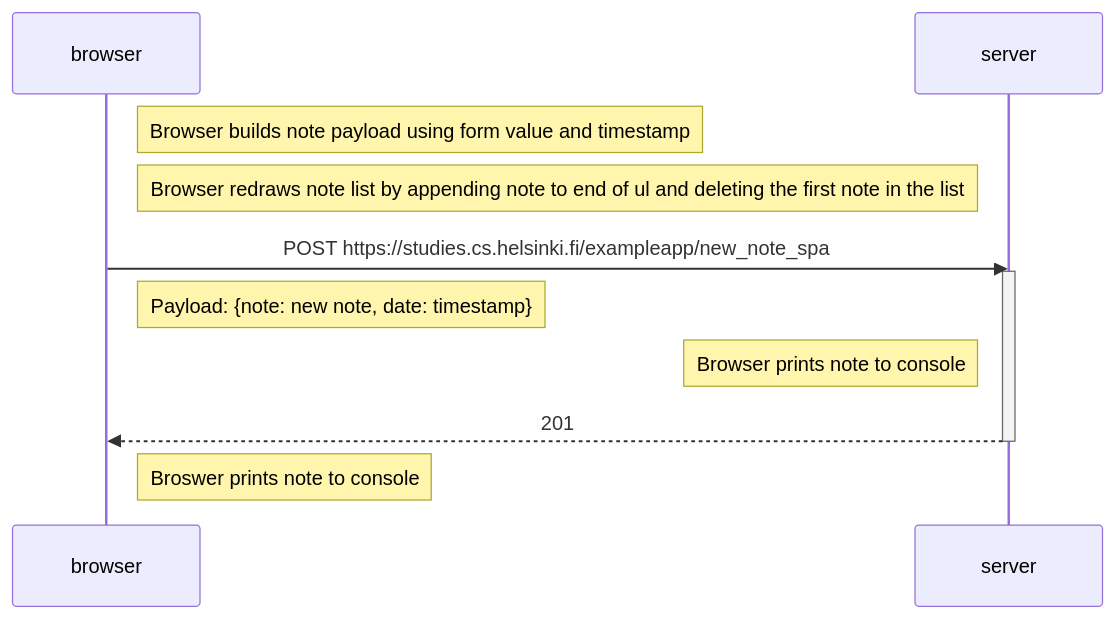
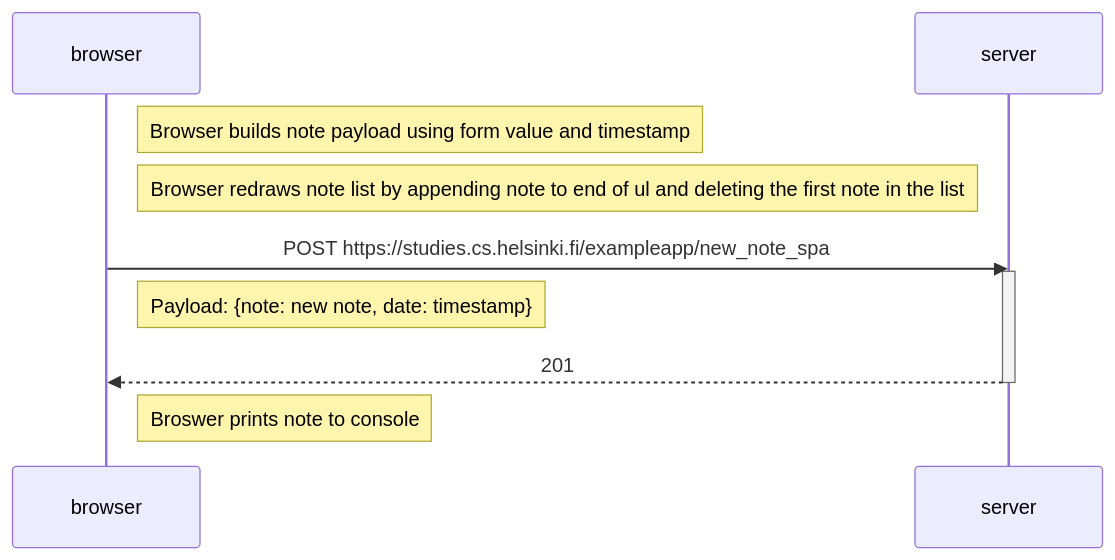
The diagram in part0/diagrams/0.6.md (occook2/fullStackOpenCourse), drawn with Mermaid before and after one commit.

````diff
--- a/part0/diagrams/0.6.md
+++ b/part0/diagrams/0.6.md
@@ -3,20 +3,19 @@
 ```mermaid
 sequenceDiagram
     participant browser
     participant server
 
     Note right of browser: Browser builds note payload using form value and timestamp
     Note right of browser: Browser redraws note list by appending note to end of ul and deleting the first note in the list
 
 
     browser->>server: POST https://studies.cs.helsinki.fi/exampleapp/new_note_spa
     activate server
     Note right of browser: Payload: {note: new note, date: timestamp}
-    Note left of server: Browser prints note to console
     server-->>browser: 201
     deactivate server
 
     Note right of browser: Broswer prints note to console
 
     
 ```
````
